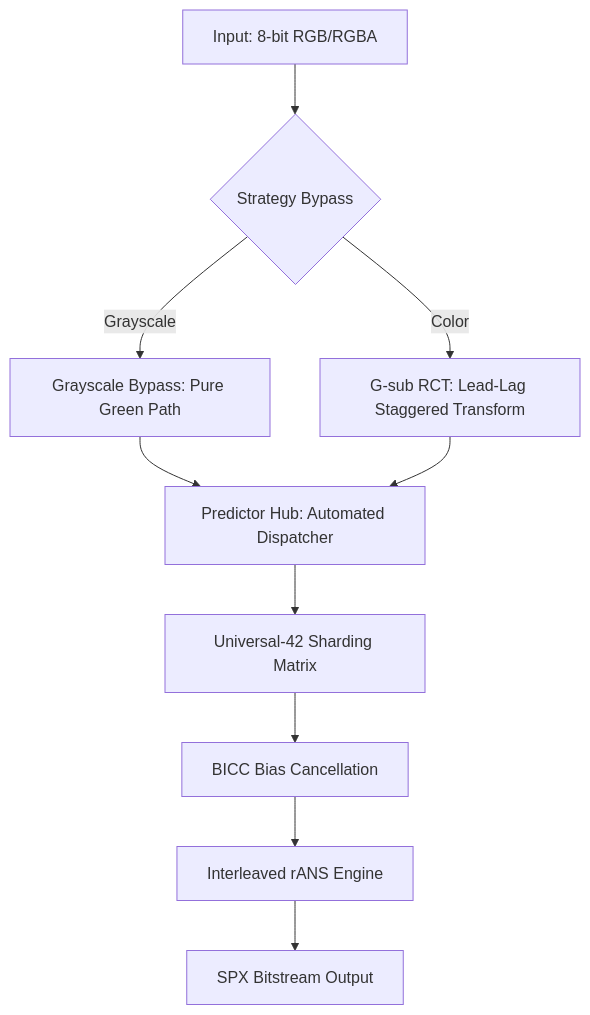
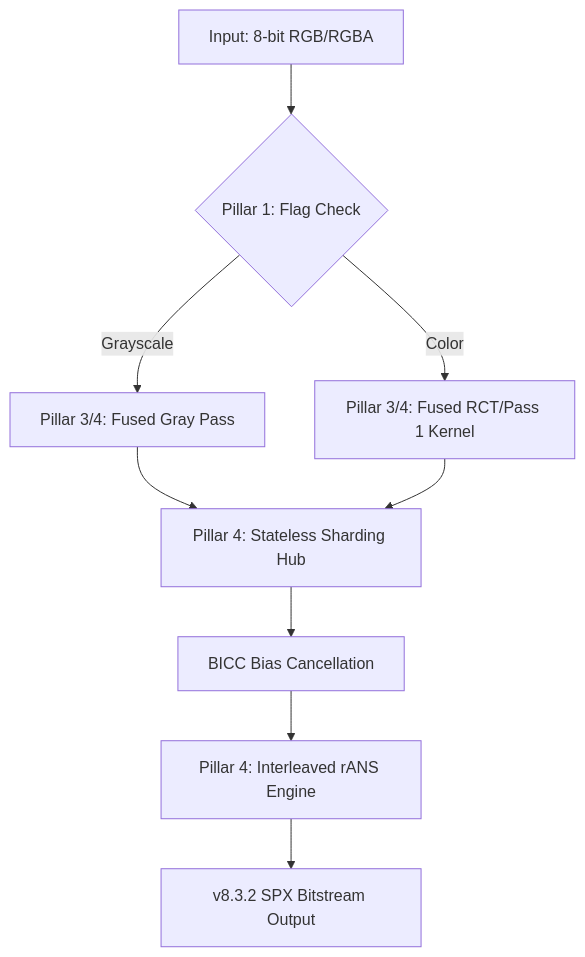
Before and after one commit to nonkilife/SPX-Image-Lossless-Compression: the diagram in README.md, drawn with Mermaid. The commit also changed other lines of this file and 13 other files, not shown here.

Commit message:
feat: implement core ZPNG engine including JIT-optimized predictors, stateless sharding, and entropy coding modules

````diff
--- a/README.md
+++ b/README.md
@@ -134,13 +153,12 @@
 ```mermaid
 graph TD
-    A[Input: 8-bit RGB/RGBA] --> B{Strategy Bypass}
-    B -->|Grayscale| C1[Grayscale Bypass: Pure Green Path]
-    B -->|Color| C2[G-sub RCT: Lead-Lag Staggered Transform]
+    A[Input: 8-bit RGB/RGBA] --> B{Pillar 1: Flag Check}
+    B -->|Grayscale| C1[Pillar 3/4: Fused Gray Pass]
+    B -->|Color| C2[Pillar 3/4: Fused RCT/Pass 1 Kernel]
     
-    C1 & C2 --> D[Predictor Hub: Automated Dispatcher]
-    D --> E[Universal-42 Sharding Matrix]
+    C1 & C2 --> D[Pillar 4: Stateless Sharding Hub]
     
-    E --> F[BICC Bias Cancellation]
-    F --> G[Interleaved rANS Engine]
-    G --> H[SPX Bitstream Output]
+    D --> E[BICC Bias Cancellation]
+    E --> F[Pillar 4: Interleaved rANS Engine]
+    F --> G[v8.3.2 SPX Bitstream Output]
 ```
````
